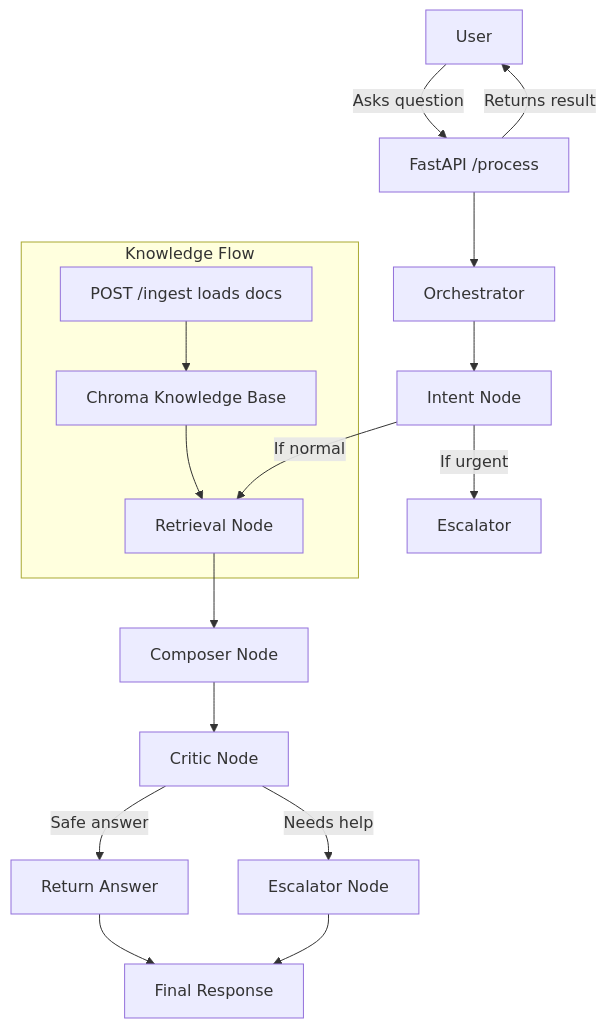
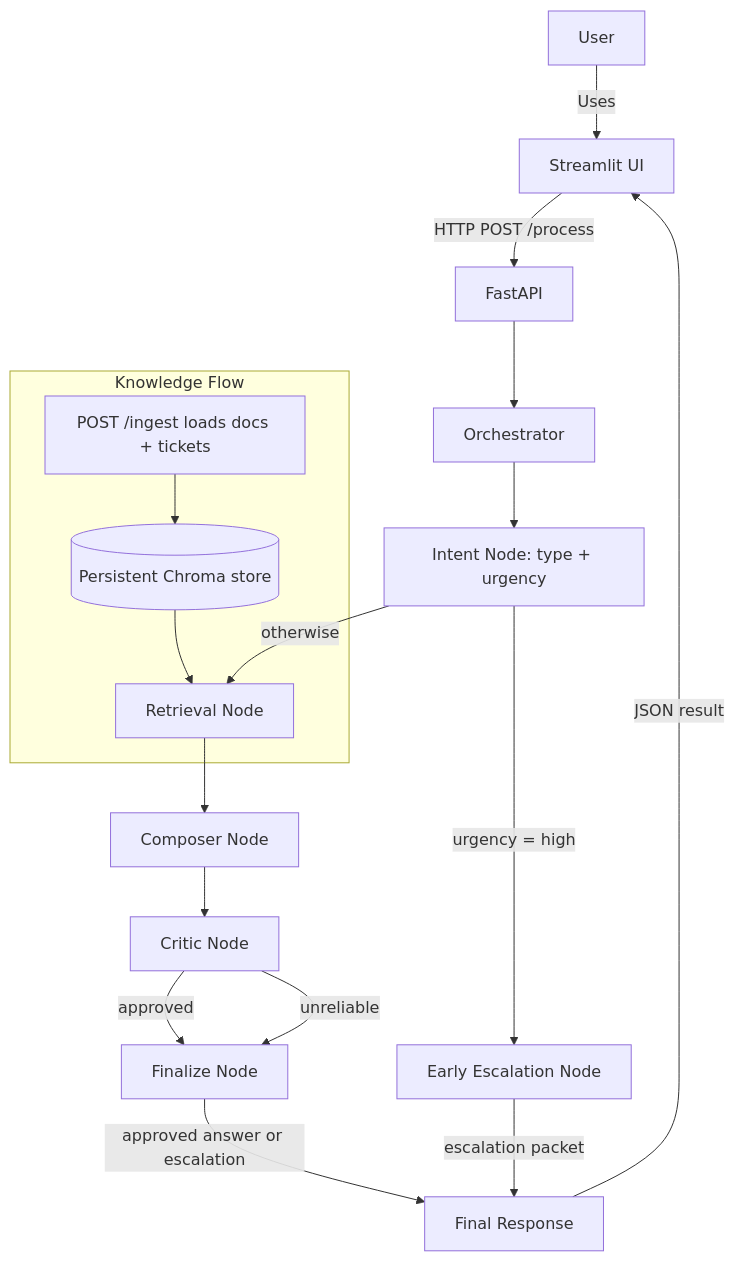
One commit to ShakteeSamant/insightdesk changed the diagram in DetailedExplanation.md. Above: the diagram before and after it, drawn with Mermaid. The commit also changed other lines of this file and 9 other files, not shown here.

````diff
--- a/DetailedExplanation.md
+++ b/DetailedExplanation.md
@@ -50,21 +104,22 @@
 ```mermaid
 flowchart TD
-    User[User] -->|Asks question| API[FastAPI /process]
+    User[User] -->|Uses| UI[Streamlit UI]
+    UI -->|HTTP POST /process| API[FastAPI]
     API --> Orchestrator[Orchestrator]
-    Orchestrator --> Intent[Intent Node]
-    Intent -->|If urgent| EscalateEarly[Escalator]
-    Intent -->|If normal| Retrieve[Retrieval Node]
+    Orchestrator --> Intent[Intent Node: type + urgency]
+    Intent -->|urgency = high| Early[Early Escalation Node]
+    Intent -->|otherwise| Retrieve[Retrieval Node]
     Retrieve --> Compose[Composer Node]
     Compose --> Critic[Critic Node]
-    Critic -->|Safe answer| ReturnAnswer[Return Answer]
-    Critic -->|Needs help| Escalator[Escalator Node]
-    Escalator --> Final[Final Response]
-    ReturnAnswer --> Final
-    API -->|Returns result| User
+    Critic -->|approved| Finalize[Finalize Node]
+    Critic -->|unreliable| Finalize
+    Finalize -->|approved answer or escalation| Final[Final Response]
+    Early -->|escalation packet| Final
+    Final -->|JSON result| UI
     subgraph DataFlow[Knowledge Flow]
-      Knowledge[Chroma Knowledge Base]
-      Ingest[POST /ingest loads docs]
+      Ingest[POST /ingest loads docs + tickets]
+      Knowledge[(Persistent Chroma store)]
+      Ingest --> Knowledge
       Knowledge --> Retrieve
-      Ingest --> Knowledge
     end
 ```
````
